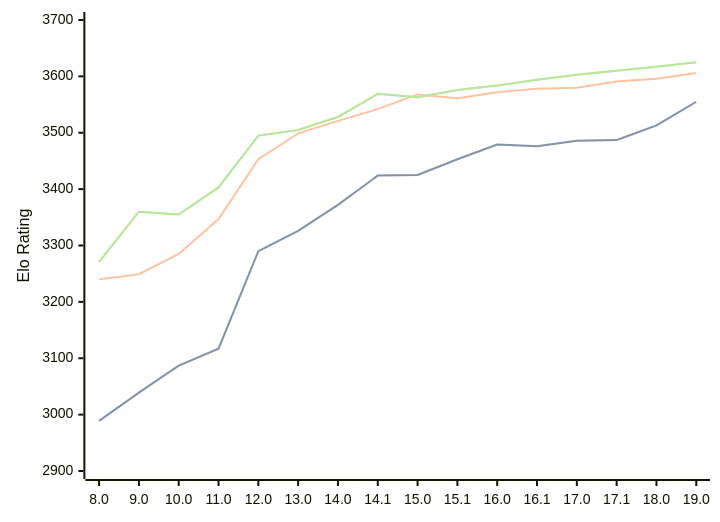
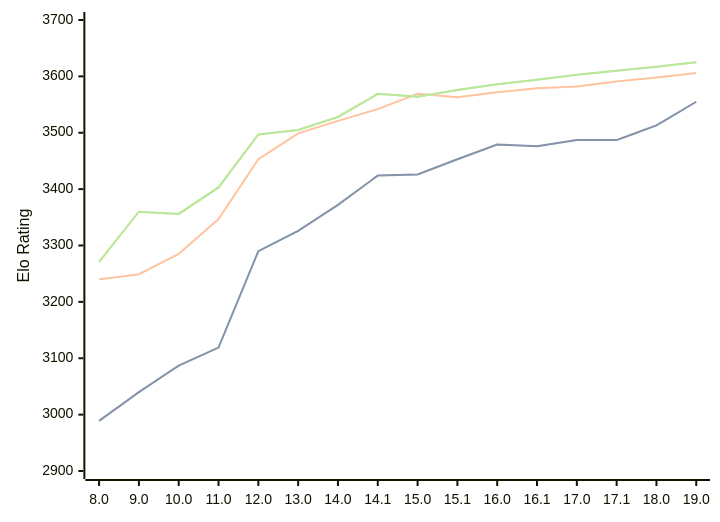
The diagram in engines/Stockfish.md (computer-chess-index/cci), drawn with Mermaid before and after one commit. The commit also changed other lines of this file, not shown here.

Commit message:
Update CCI Ratings (ELO VLTC) - 2026-09-09

````diff
--- a/engines/Stockfish.md
+++ b/engines/Stockfish.md
@@ -46,11 +46,11 @@
 ```mermaid
 %%{init: {"theme":"base","themeVariables":{"seriesColors:['#a3a3a3','#222221','#faa371']}}}%%
 xychart-beta
   x-axis ["8.0", "9.0", "10.0", "11.0", "12.0", "13.0", "14.0", "14.1", "15.0", "15.1", "16.0", "16.1", "17.0", "17.1", "18.0", "19.0"]
   y-axis "Elo Rating" 2900 --> 3700
-  line "" [2989, 3039, 3087, 3117, 3290, 3326, 3372, 3424, 3425, 3453, 3479, 3476, 3486, 3487, 3513, 3555]
-  line "STC (8.0+0.08s)" [2989, 3039, 3087, 3117, 3290, 3326, 3372, 3424, 3425, 3453, 3479, 3476, 3486, 3487, 3513, 3555]
-  line "LTC (60.0+0.60s)" [3240, 3249, 3285, 3347, 3453, 3499, 3521, 3542, 3568, 3561, 3572, 3578, 3580, 3591, 3596, 3606]
-  line "" [3271, 3360, 3355, 3403, 3495, 3505, 3528, 3569, 3563, 3576, 3584, 3594, 3603, 3610, 3617, 3625]
-  line "VLTC (2m24s+1.12s)" [3271, 3360, 3355, 3403, 3495, 3505, 3528, 3569, 3563, 3576, 3584, 3594, 3603, 3610, 3617, 3625]
+  line "" [2989, 3040, 3087, 3119, 3290, 3326, 3372, 3424, 3426, 3453, 3479, 3476, 3487, 3487, 3513, 3555]
+  line "STC (8.0+0.08s)" [2989, 3040, 3087, 3119, 3290, 3326, 3372, 3424, 3426, 3453, 3479, 3476, 3487, 3487, 3513, 3555]
+  line "LTC (60.0+0.60s)" [3240, 3249, 3285, 3347, 3453, 3499, 3521, 3542, 3569, 3563, 3572, 3579, 3582, 3591, 3598, 3606]
+  line "" [3271, 3360, 3356, 3403, 3497, 3505, 3528, 3569, 3564, 3576, 3586, 3594, 3603, 3610, 3617, 3625]
+  line "VLTC (2m24s+1.12s)" [3271, 3360, 3356, 3403, 3497, 3505, 3528, 3569, 3564, 3576, 3586, 3594, 3603, 3610, 3617, 3625]
 ```
````
